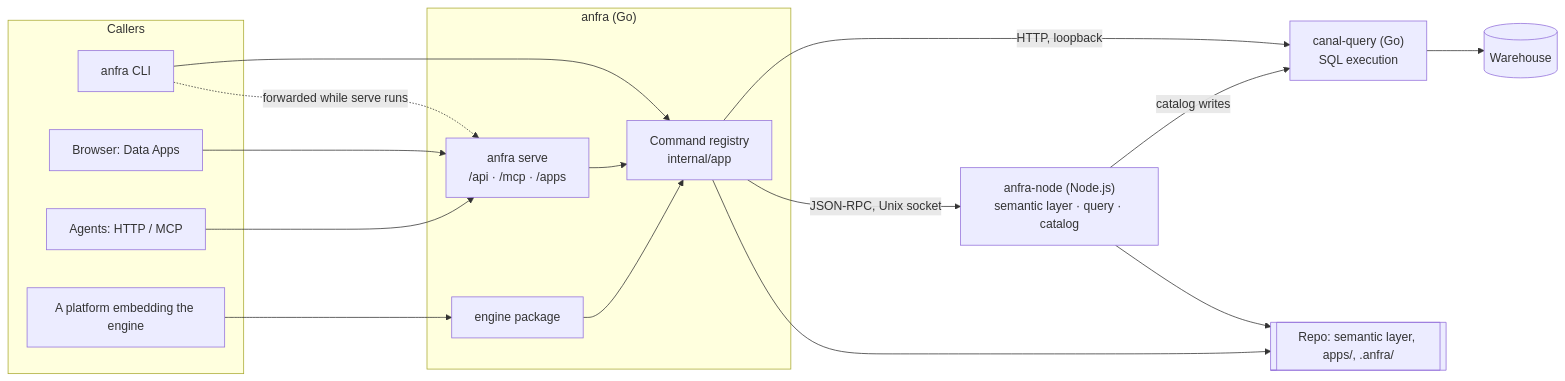
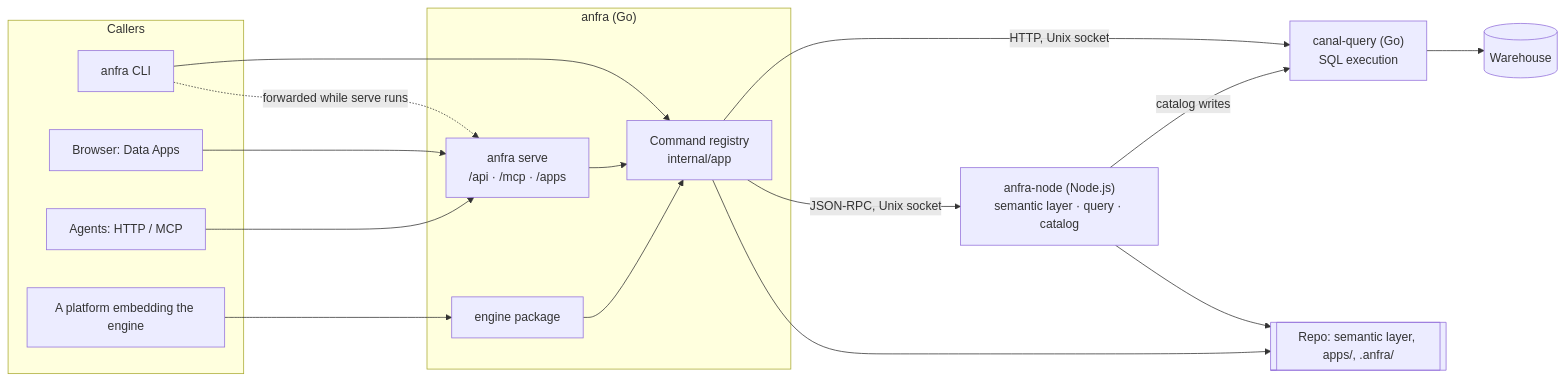
Before and after one commit to holistics/anfra: the diagram in docs/designs/architecture.md, drawn with Mermaid. The commit also changed other lines of this file and 7 other files, not shown here.

Commit message:
security: run canal-query on a unix socket

````diff
--- a/docs/designs/architecture.md
+++ b/docs/designs/architecture.md
@@ -19,32 +19,32 @@
 ```mermaid
 flowchart LR
   subgraph callers[Callers]
     cli[anfra CLI]
     browser[Browser: Data Apps]
     agent[Agents: HTTP / MCP]
     platform[A platform embedding the engine]
   end
   subgraph anfra["anfra (Go)"]
     reg["Command registry<br/>internal/app"]
     serve["anfra serve<br/>/api · /mcp · /apps"]
     engine["engine package"]
   end
   node["anfra-node (Node.js)<br/>semantic layer · query · catalog"]
   canal["canal-query (Go)<br/>SQL execution"]
   wh[(Warehouse)]
   repo[["Repo: semantic layer, apps/, .anfra/"]]
 
   cli --> reg
   cli -. forwarded while serve runs .-> serve
   browser --> serve
   agent --> serve
   platform --> engine
   serve --> reg
   engine --> reg
   reg -->|JSON-RPC, Unix socket| node
-  reg -->|HTTP, loopback| canal
+  reg -->|HTTP, Unix socket| canal
   node -->|catalog writes| canal
   canal --> wh
   node --> repo
   reg --> repo
 ```
````
